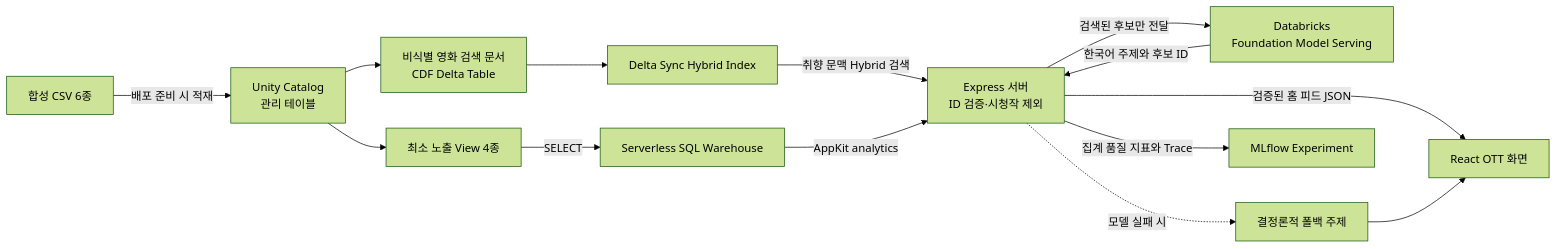
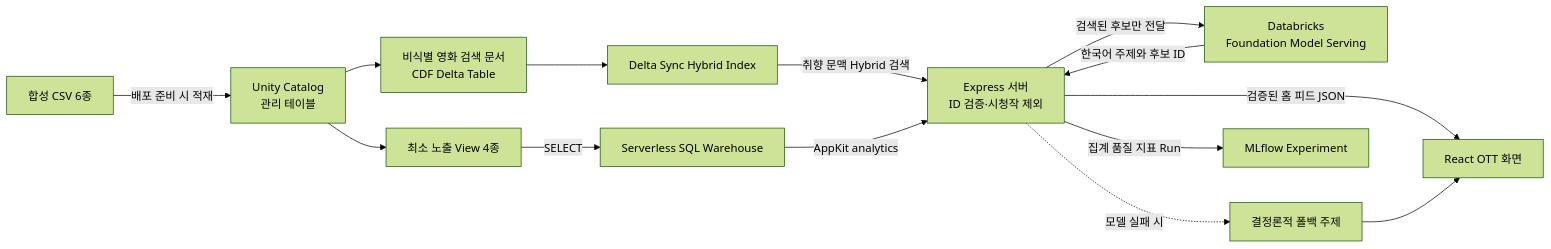
Before and after one commit to kentakang/databricks-tutorial-ott: the diagram in docs/DATABRICKS_USAGE_KO.md, drawn with Mermaid (forest theme). The commit also changed other lines of this file and 2 other files, not shown here.

Commit message:
docs(monitoring): describe MLflow run logging

````diff
--- a/docs/DATABRICKS_USAGE_KO.md
+++ b/docs/DATABRICKS_USAGE_KO.md
@@ -9,16 +9,16 @@
 ```mermaid
 flowchart LR
     A[합성 CSV 6종] -->|배포 준비 시 적재| B[Unity Catalog<br/>관리 테이블]
     B --> C[최소 노출 View 4종]
     B --> J[비식별 영화 검색 문서<br/>CDF Delta Table]
     C -->|SELECT| D[Serverless SQL Warehouse]
     J --> K[Delta Sync Hybrid Index]
     K -->|취향 문맥 Hybrid 검색| E[Express 서버<br/>ID 검증·시청작 제외]
     D -->|AppKit analytics| E
     E -->|검색된 후보만 전달| F[Databricks<br/>Foundation Model Serving]
     F -->|한국어 주제와 후보 ID| E
     E -->|검증된 홈 피드 JSON| G[React OTT 화면]
     E -.모델 실패 시.-> H[결정론적 폴백 주제]
     H --> G
-    E -->|집계 품질 지표와 Trace| I[MLflow Experiment]
+    E -->|집계 품질 지표 Run| I[MLflow Experiment]
 ```
````
